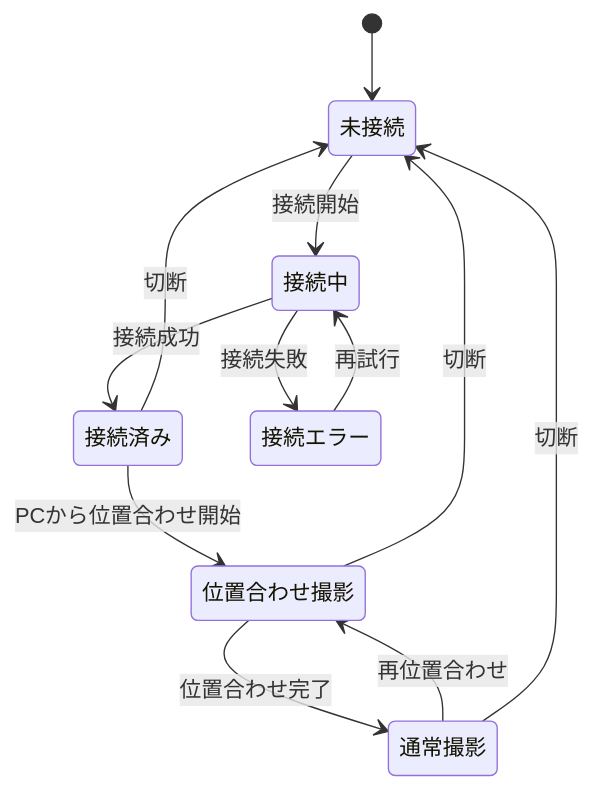
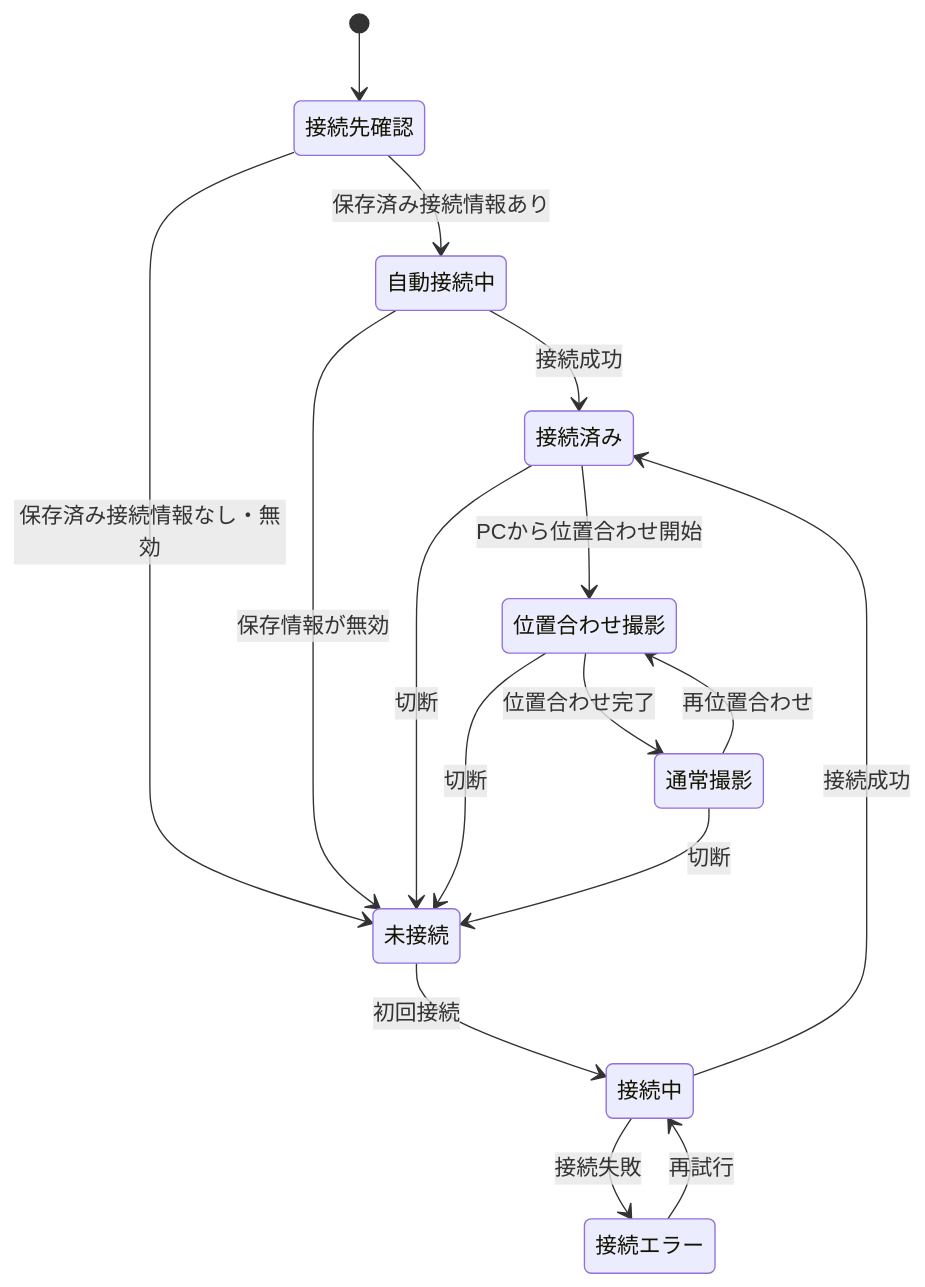
The sixth of 13 diagrams in docs/android/android-app-requirements.md (KIT-DevelopersHub/screact), drawn with Mermaid before and after one commit. The commit also changed other lines of this file and 11 other files, not shown here.

````diff
--- a/docs/android/android-app-requirements.md
+++ b/docs/android/android-app-requirements.md
@@ -247,14 +247,18 @@
 ```mermaid
 stateDiagram-v2
-    [*] --> 未接続
-    未接続 --> 接続中: 接続開始
+    [*] --> 接続先確認
+    接続先確認 --> 自動接続中: 保存済み接続情報あり
+    接続先確認 --> 未接続: 保存済み接続情報なし・無効
+    未接続 --> 接続中: 初回接続
+    自動接続中 --> 接続済み: 接続成功
+    自動接続中 --> 未接続: 保存情報が無効
     接続中 --> 接続済み: 接続成功
     接続中 --> 接続エラー: 接続失敗
     接続エラー --> 接続中: 再試行
     接続済み --> 位置合わせ撮影: PCから位置合わせ開始
     位置合わせ撮影 --> 通常撮影: 位置合わせ完了
     通常撮影 --> 位置合わせ撮影: 再位置合わせ
     接続済み --> 未接続: 切断
     位置合わせ撮影 --> 未接続: 切断
     通常撮影 --> 未接続: 切断
 ```
````
